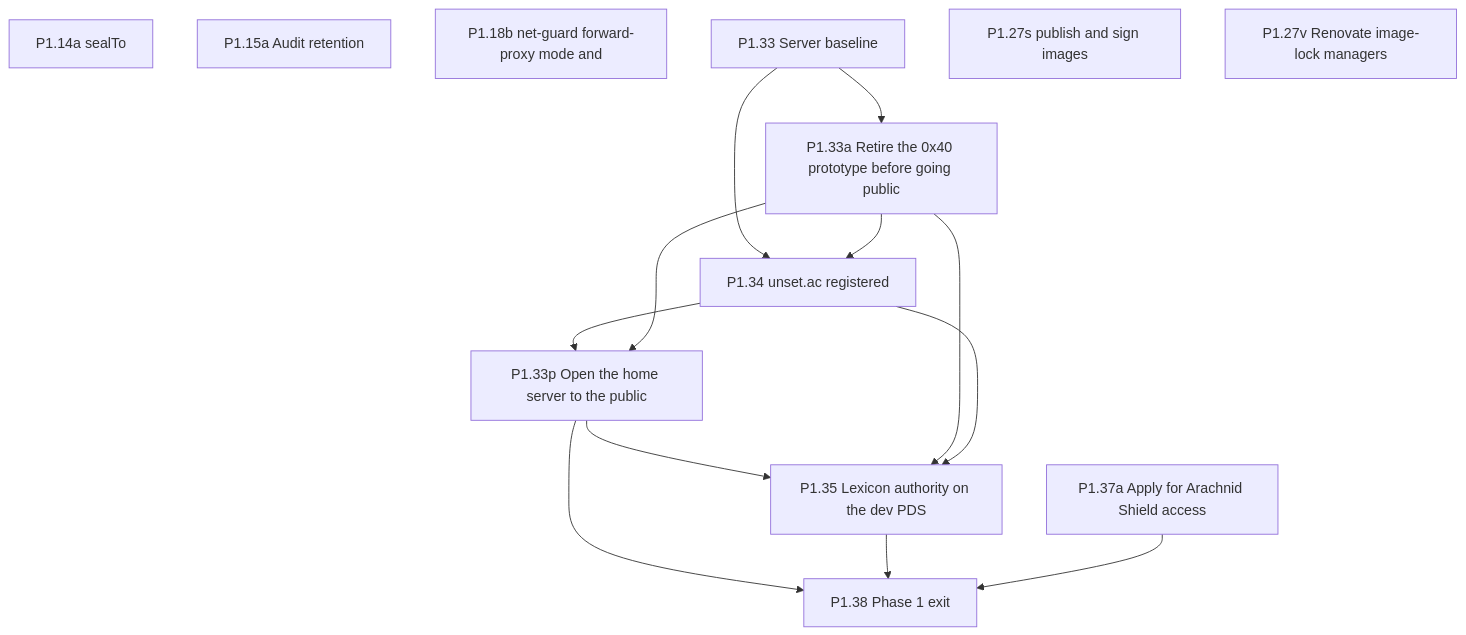
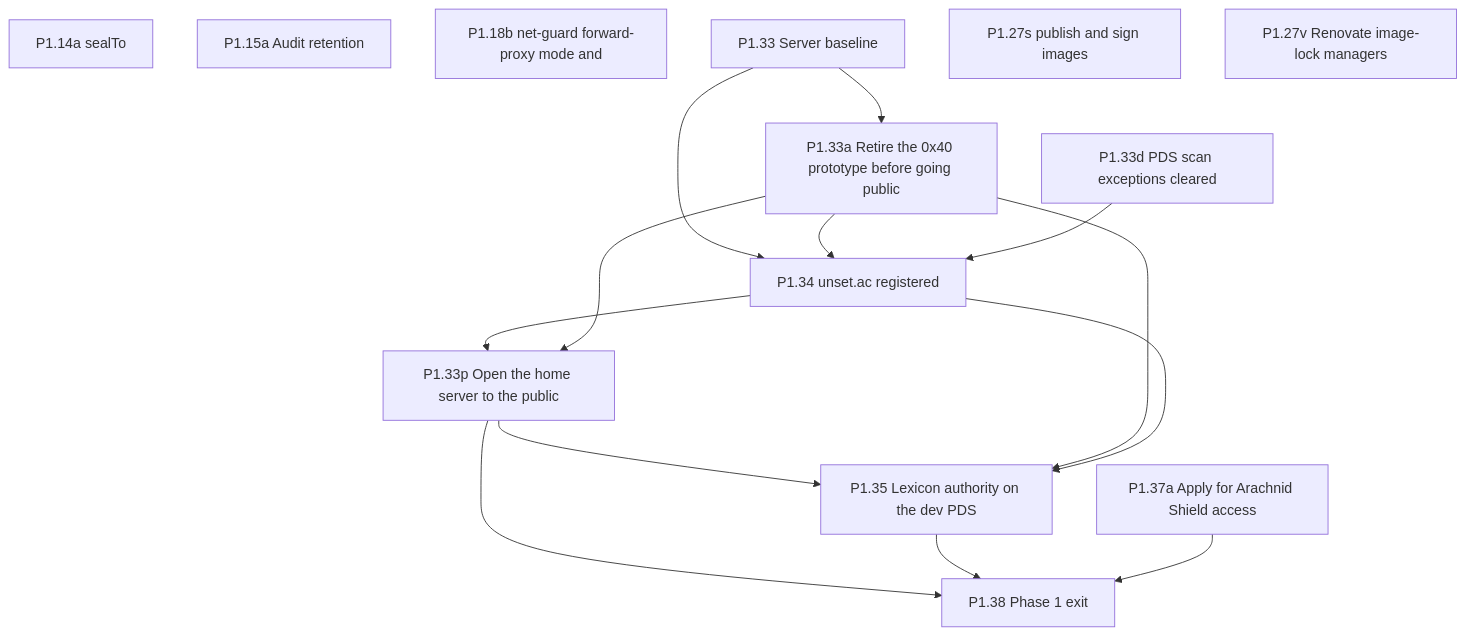
One commit to Undefined6799/unset changed the fourth of 11 diagrams in docs/ai/book/01-outline.md. Above: the diagram before and after it, drawn with Mermaid. The commit also changed other lines of this file and 1 other file, not shown here.

First line of the commit message:
P0.09 Book PDS scan exceptions (P1.33c, d, e)

````diff
--- a/docs/ai/book/01-outline.md
+++ b/docs/ai/book/01-outline.md
@@ -1191,26 +1197,28 @@
 ```mermaid
 flowchart TD
   P1_14a["P1.14a sealTo"]
   P1_15a["P1.15a Audit retention"]
   P1_18b["P1.18b net-guard forward-proxy mode and"]
   P1_33["P1.33 Server baseline"]
   P1_33a["P1.33a Retire the 0x40 prototype before going public"]
   P1_33p["P1.33p Open the home server to the public"]
+  P1_33d["P1.33d PDS scan exceptions cleared"]
   P1_34["P1.34 unset.ac registered"]
   P1_35["P1.35 Lexicon authority on the dev PDS"]
   P1_27s["P1.27s publish and sign images"]
   P1_27v["P1.27v Renovate image-lock managers"]
   P1_37a["P1.37a Apply for Arachnid Shield access"]
   P1_38["P1.38 Phase 1 exit"]
   P1_33 --> P1_33a
   P1_33 --> P1_34
   P1_33a --> P1_34
+  P1_33d --> P1_34
   P1_34 --> P1_33p
   P1_33a --> P1_33p
   P1_33p --> P1_35
   P1_33a --> P1_35
   P1_33p --> P1_38
   P1_34 --> P1_35
   P1_35 --> P1_38
   P1_37a --> P1_38
 ```
````
